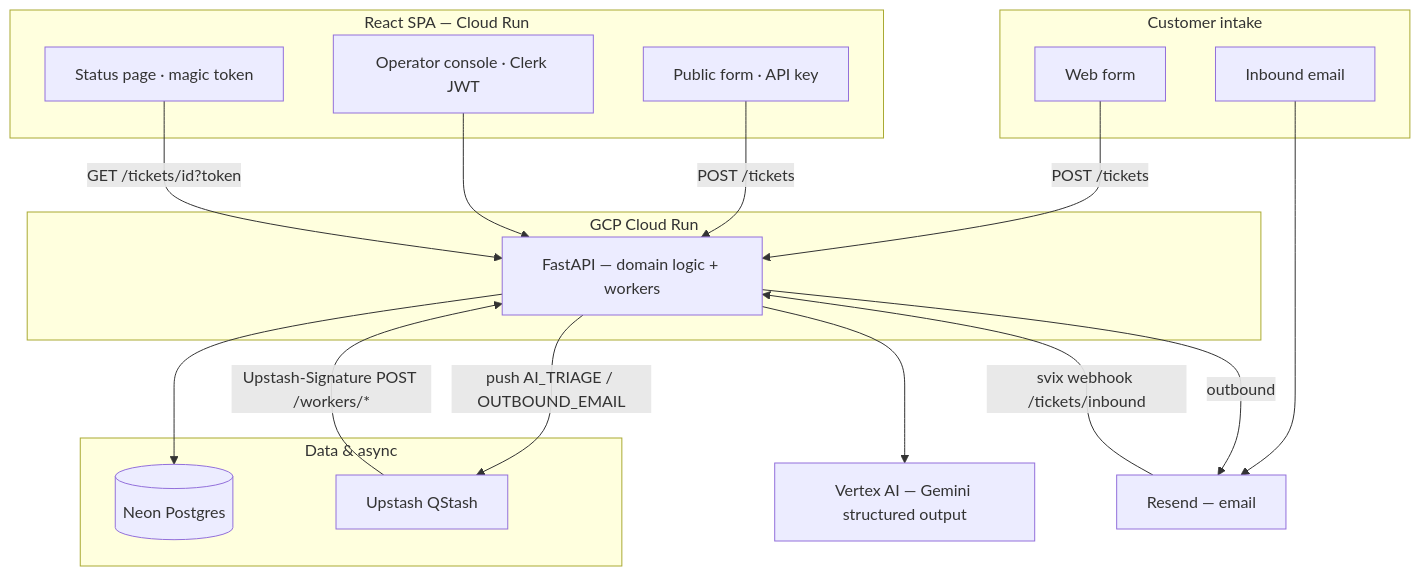
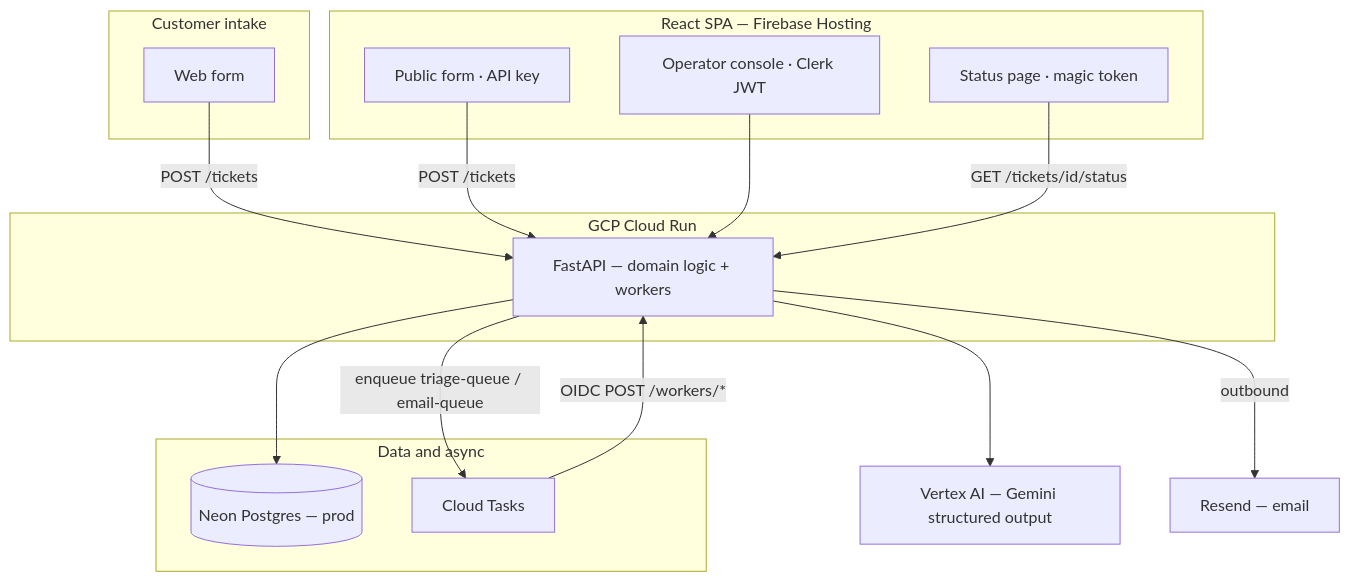
One commit to ssuish/ecom-triage-saas changed the diagram in README.md. Above: the diagram before and after it, drawn with Mermaid. The commit also changed other lines of this file and 7 other files, not shown here.

Commit message:
chore: update environment configuration for Cloud Tasks and remove QStash references

````diff
--- a/README.md
+++ b/README.md
@@ -40,39 +40,36 @@
 ```mermaid
 flowchart TD
     subgraph intake [Customer intake]
         FORM[Web form]
-        EMAIL[Inbound email]
     end
 
-    subgraph frontend [React SPA — Cloud Run]
+    subgraph frontend [React SPA — Firebase Hosting]
         REACT[Operator console · Clerk JWT]
         PUBLIC[Public form · API key]
         STATUS[Status page · magic token]
     end
 
     subgraph gcp [GCP Cloud Run]
         FAST[FastAPI — domain logic + workers]
     end
 
-    subgraph data [Data & async]
-        NEON[(Neon Postgres)]
-        QSTASH[Upstash QStash]
+    subgraph data [Data and async]
+        NEON[(Neon Postgres — prod)]
+        CT[Cloud Tasks]
     end
 
     VERTEX[Vertex AI — Gemini structured output]
     RESEND[Resend — email]
 
     FORM -->|POST /tickets| FAST
     PUBLIC -->|POST /tickets| FAST
-    EMAIL --> RESEND
-    RESEND -->|svix webhook /tickets/inbound| FAST
 
     REACT --> FAST
-    STATUS -->|GET /tickets/id?token| FAST
+    STATUS -->|GET /tickets/id/status| FAST
 
     FAST --> NEON
-    FAST -->|push AI_TRIAGE / OUTBOUND_EMAIL| QSTASH
-    QSTASH -->|Upstash-Signature POST /workers/*| FAST
+    FAST -->|enqueue triage-queue / email-queue| CT
+    CT -->|OIDC POST /workers/*| FAST
     FAST --> VERTEX
     FAST -->|outbound| RESEND
 ```
````
